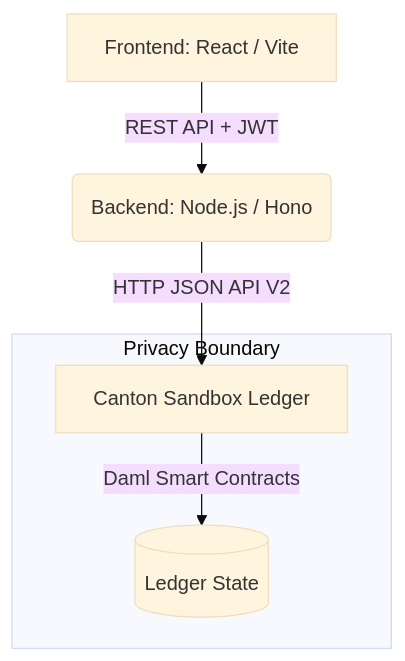
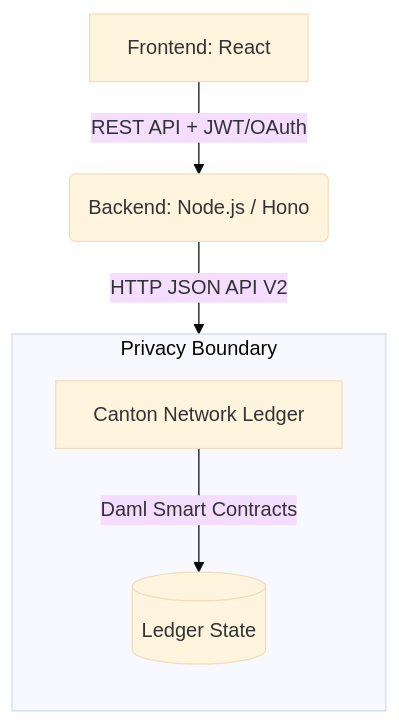
One commit to Pianochicken/synCCap changed the first of 2 diagrams in README.md. Above: the diagram before and after it, drawn with Mermaid (base theme). The commit also changed other lines of this file and 9 other files, not shown here.

First line of the commit message:
docs(architecture): enhance privacy decoupling documentation and generalize system roles

````diff
--- a/README.md
+++ b/README.md
@@ -16,11 +18,13 @@
 ```mermaid
 graph TD
-    A[Frontend: React / Vite] -->|REST API + JWT| B(Backend: Node.js / Hono)
-    B -->|HTTP JSON API V2| C[Canton Sandbox Ledger]
-    C -->|Daml Smart Contracts| D[(Ledger State)]
+    A[Frontend: React] -->|REST API + JWT/OAuth| B(Backend: Node.js / Hono)
     
-    subgraph Privacy Boundary
-    C
-    D
+    B -->|HTTP JSON API V2| PrivacyBoundary
+    
+    subgraph PrivacyBoundary [Privacy Boundary]
+        direction TB
+        C[Canton Network Ledger]
+        D[(Ledger State)]
+        C -->|Daml Smart Contracts| D
     end
 ```
````
